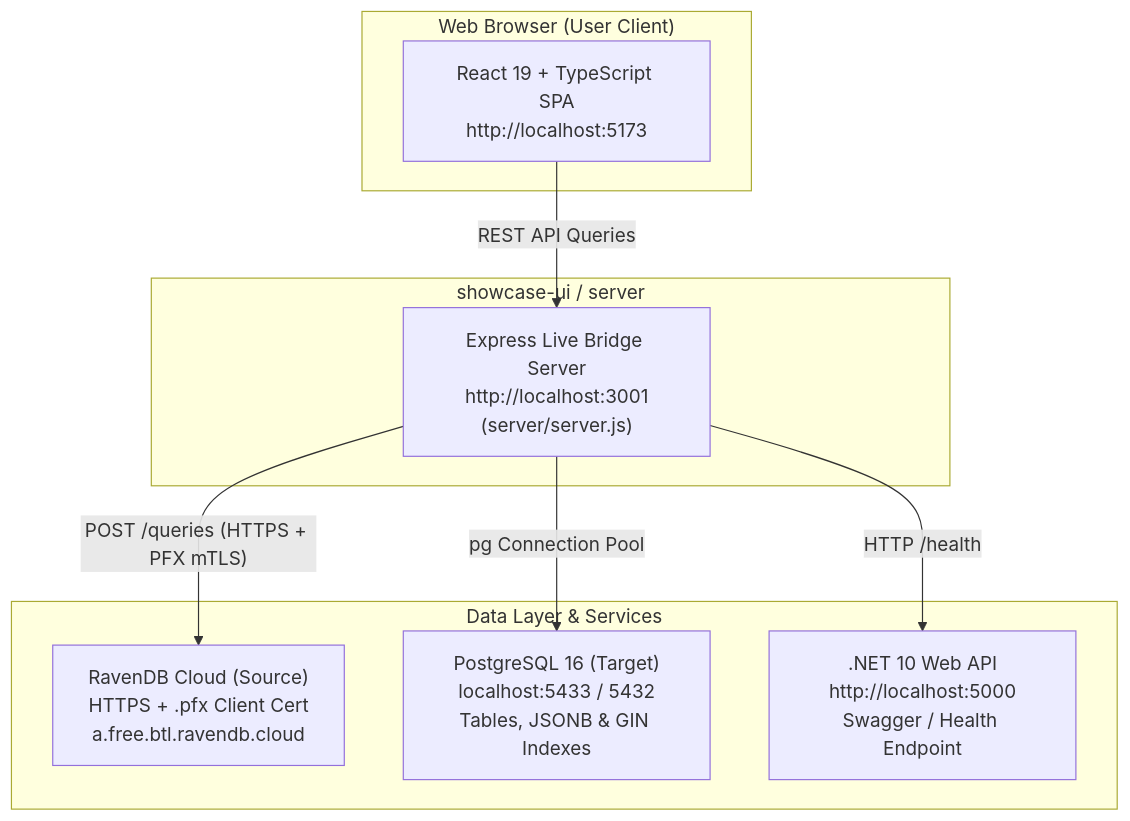
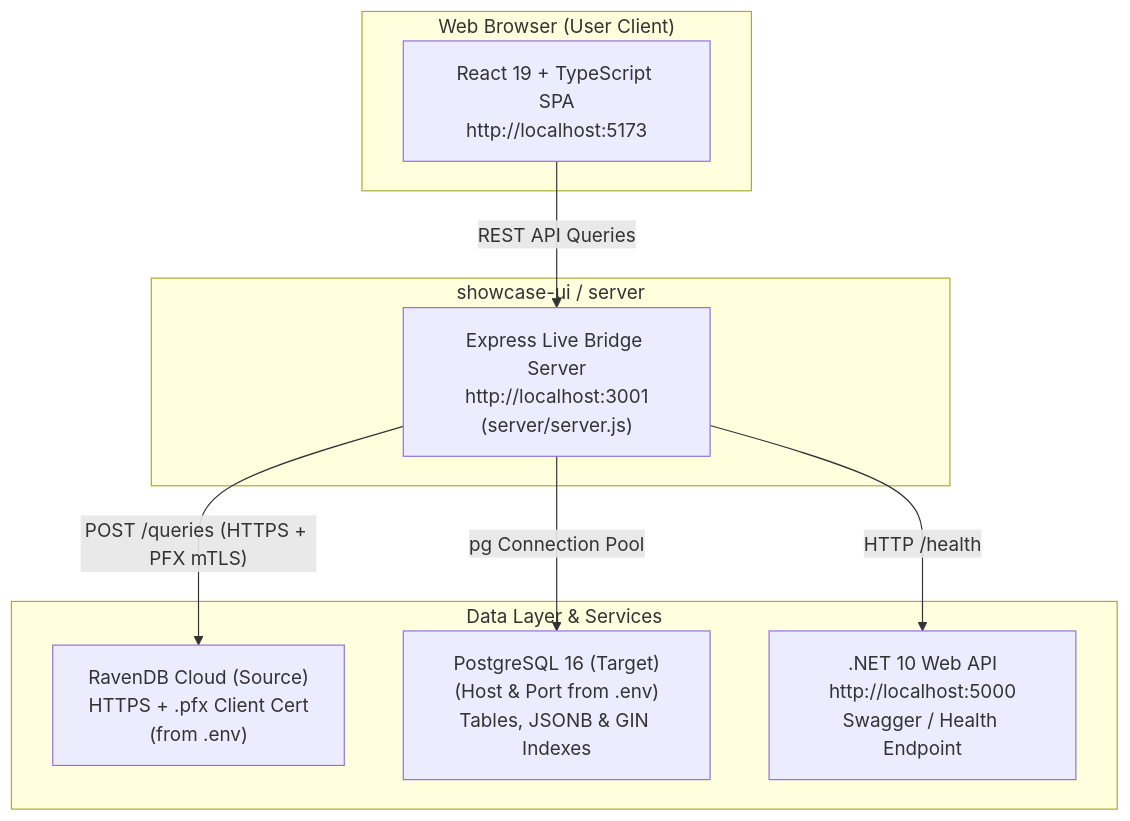
One commit to ashishk1906/r2pg-migration changed the diagram in showcase-ui/README.md. Above: the diagram before and after it, drawn with Mermaid. The commit also changed other lines of this file and 1 other file, not shown here.

````diff
--- a/showcase-ui/README.md
+++ b/showcase-ui/README.md
@@ -22,21 +22,21 @@
 ```mermaid
 flowchart TD
     subgraph Browser ["Web Browser (User Client)"]
         UI["React 19 + TypeScript SPA\nhttp://localhost:5173"]
     end
 
     subgraph ShowcaseApp ["showcase-ui / server"]
         Bridge["Express Live Bridge Server\nhttp://localhost:3001\n(server/server.js)"]
     end
 
     subgraph DataSources ["Data Layer & Services"]
-        RavenCloud["RavenDB Cloud (Source)\nHTTPS + .pfx Client Cert\na.free.btl.ravendb.cloud"]
-        Postgres["PostgreSQL 16 (Target)\nlocalhost:5433 / 5432\nTables, JSONB & GIN Indexes"]
+        RavenCloud["RavenDB Cloud (Source)\nHTTPS + .pfx Client Cert\n(from .env)"]
+        Postgres["PostgreSQL 16 (Target)\n(Host & Port from .env)\nTables, JSONB & GIN Indexes"]
         NetApi[".NET 10 Web API\nhttp://localhost:5000\nSwagger / Health Endpoint"]
     end
 
     UI -- "REST API Queries" --> Bridge
     Bridge -- "POST /queries (HTTPS + PFX mTLS)" --> RavenCloud
     Bridge -- "pg Connection Pool" --> Postgres
     Bridge -- "HTTP /health" --> NetApi
 ```
````
